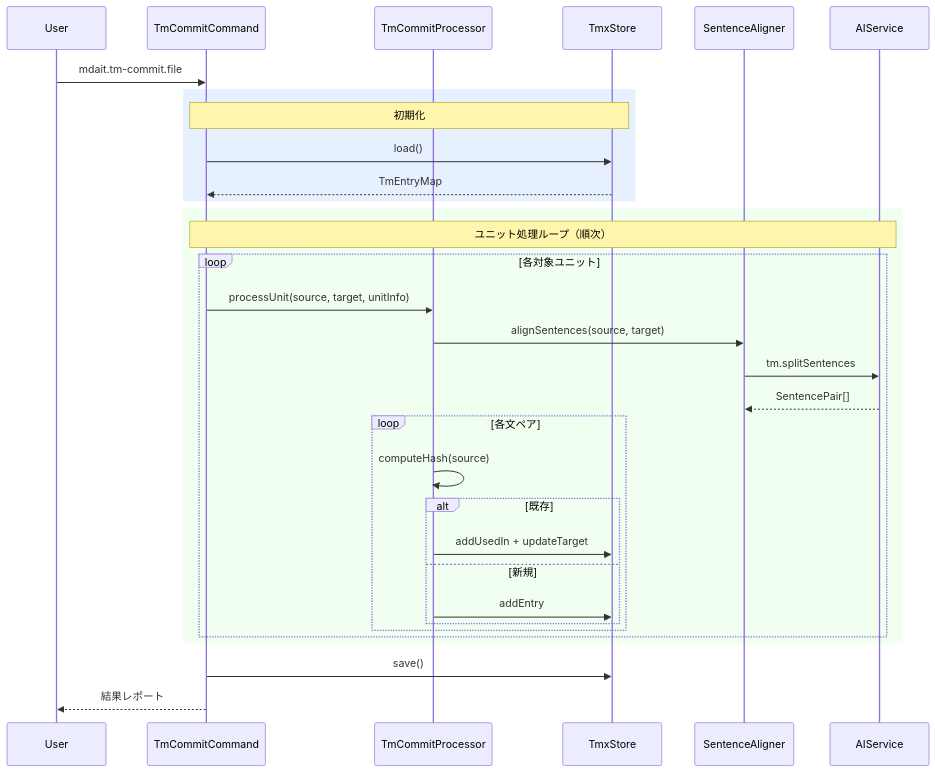
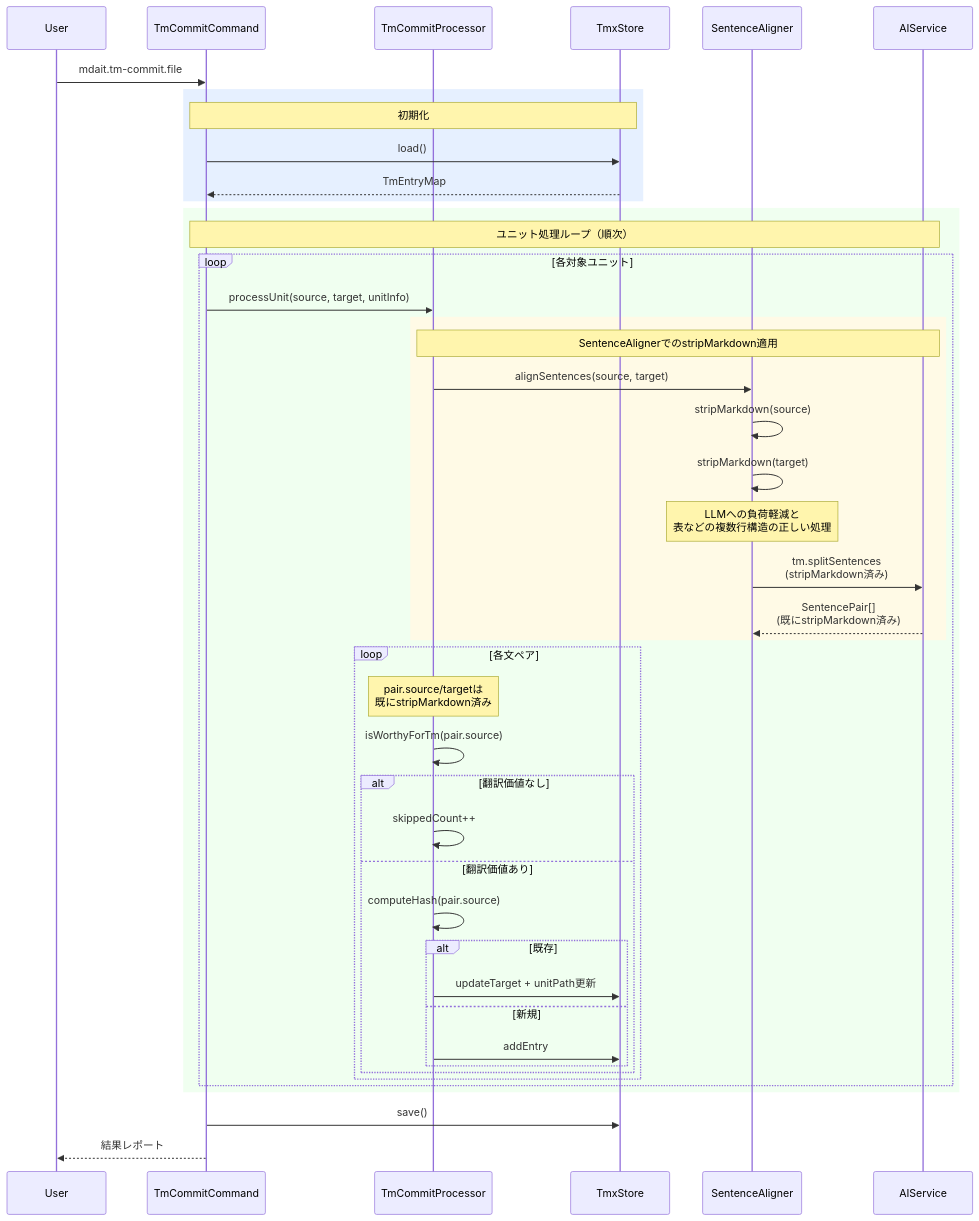
One commit to mochimochiki/mdait changed the diagram in docs/command_tm-commit.md. Above: the diagram before and after it, drawn with Mermaid. The commit also changed other lines of this file and 21 other files, not shown here.

````diff
--- a/docs/command_tm-commit.md
+++ b/docs/command_tm-commit.md
@@ -72,38 +94,52 @@
 ```mermaid
 sequenceDiagram
     participant User
     participant Cmd as TmCommitCommand
     participant Proc as TmCommitProcessor
     participant Store as TmxStore
     participant Aligner as SentenceAligner
     participant AI as AIService
 
     User->>Cmd: mdait.tm-commit.file
 
     rect rgb(230, 240, 255)
         Note over Cmd,Store: 初期化
         Cmd->>Store: load()
         Store-->>Cmd: TmEntryMap
     end
 
     rect rgb(240, 255, 240)
         Note over Cmd,AI: ユニット処理ループ（順次）
         loop 各対象ユニット
             Cmd->>Proc: processUnit(source, target, unitInfo)
-            Proc->>Aligner: alignSentences(source, target)
-            Aligner->>AI: tm.splitSentences
-            AI-->>Aligner: SentencePair[]
+            
+            rect rgb(255, 250, 230)
+                Note over Proc,AI: SentenceAlignerでのstripMarkdown適用
+                Proc->>Aligner: alignSentences(source, target)
+                Aligner->>Aligner: stripMarkdown(source)
+                Aligner->>Aligner: stripMarkdown(target)
+                Note over Aligner: LLMへの負荷軽減と<br/>表などの複数行構造の正しい処理
+                Aligner->>AI: tm.splitSentences<br/>(stripMarkdown済み)
+                AI-->>Aligner: SentencePair[]<br/>(既にstripMarkdown済み)
+            end
+            
             loop 各文ペア
-                Proc->>Proc: computeHash(source)
-                alt 既存
-                    Proc->>Store: addUsedIn + updateTarget
-                else 新規
-                    Proc->>Store: addEntry
+                Note over Proc: pair.source/targetは<br/>既にstripMarkdown済み
+                Proc->>Proc: isWorthyForTm(pair.source)
+                alt 翻訳価値なし
+                    Proc->>Proc: skippedCount++
+                else 翻訳価値あり
+                    Proc->>Proc: computeHash(pair.source)
+                    alt 既存
+                        Proc->>Store: updateTarget + unitPath更新
+                    else 新規
+                        Proc->>Store: addEntry
+                    end
                 end
             end
         end
     end
 
     Cmd->>Store: save()
     Cmd-->>User: 結果レポート
 ```
````
